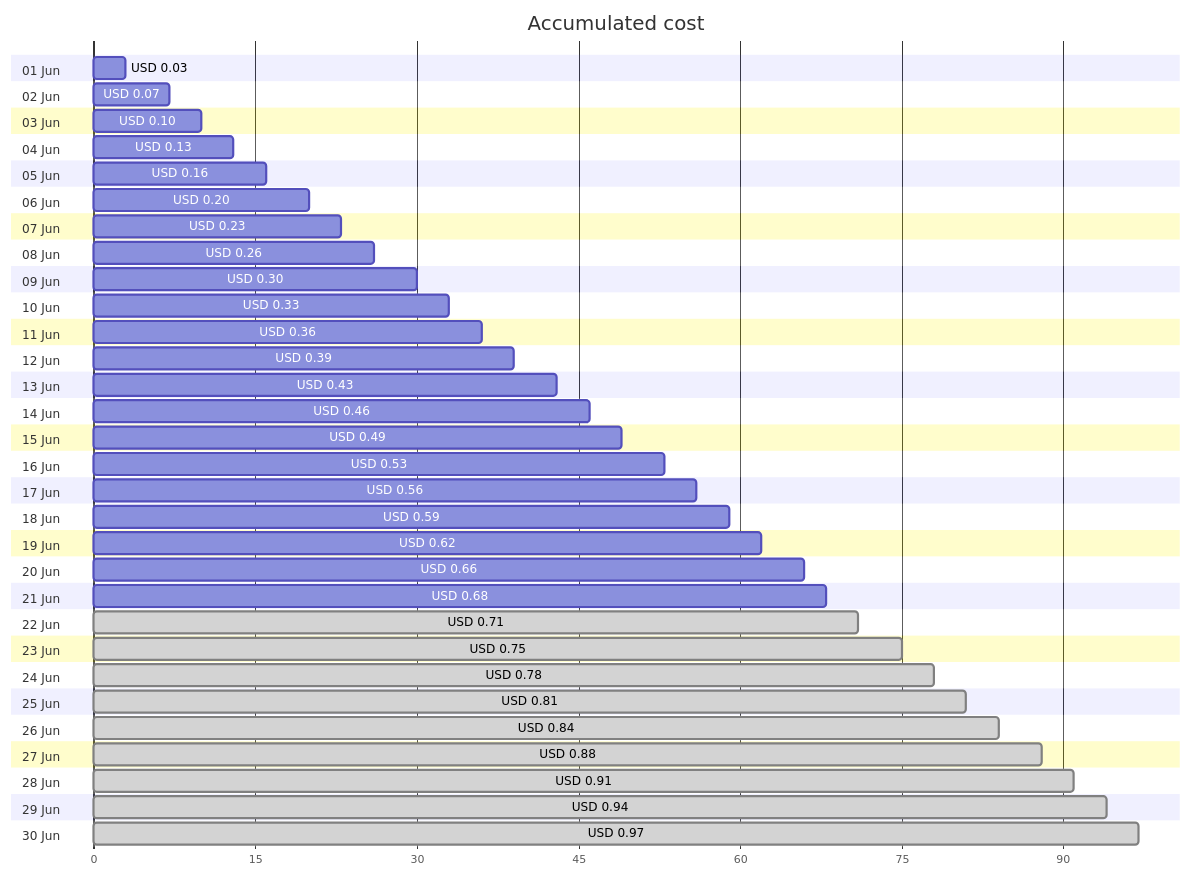
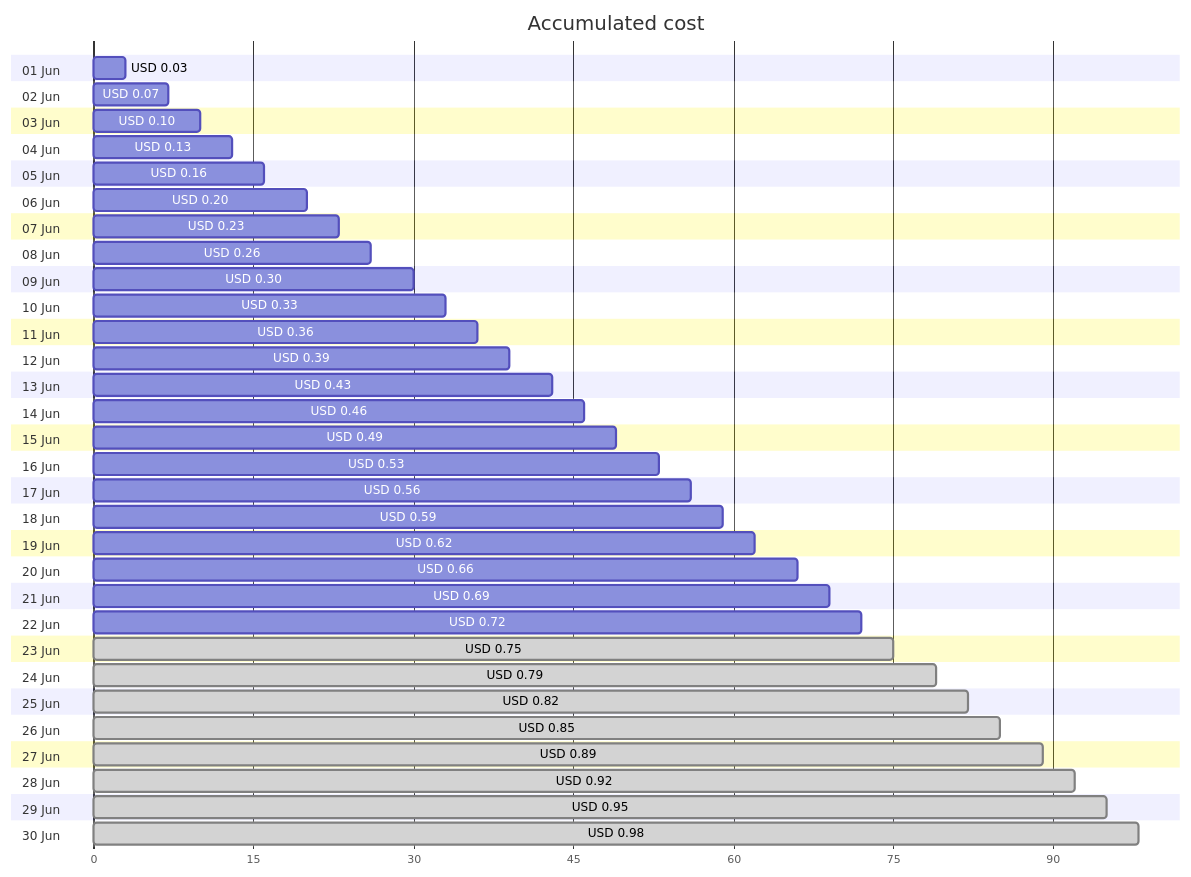
Before and after one commit to jpfulton/azure-personal-reports: the first of 4 diagrams in cost-reports/personal-dns/README.md, drawn with Mermaid. The commit also changed other lines of this file and 2 other files, not shown here.

````diff
--- a/cost-reports/personal-dns/README.md
+++ b/cost-reports/personal-dns/README.md
@@ -20,66 +20,66 @@
 ```mermaid
 gantt
    title Accumulated cost
    dateFormat  X
    axisFormat %s
    section 01 Jun
    USD 0.03 :0, 3
    section 02 Jun
    USD 0.07 :0, 7
    section 03 Jun
    USD 0.10 :0, 10
    section 04 Jun
    USD 0.13 :0, 13
    section 05 Jun
    USD 0.16 :0, 16
    section 06 Jun
    USD 0.20 :0, 20
    section 07 Jun
    USD 0.23 :0, 23
    section 08 Jun
    USD 0.26 :0, 26
    section 09 Jun
    USD 0.30 :0, 30
    section 10 Jun
    USD 0.33 :0, 33
    section 11 Jun
    USD 0.36 :0, 36
    section 12 Jun
    USD 0.39 :0, 39
    section 13 Jun
    USD 0.43 :0, 43
    section 14 Jun
    USD 0.46 :0, 46
    section 15 Jun
    USD 0.49 :0, 49
    section 16 Jun
    USD 0.53 :0, 53
    section 17 Jun
    USD 0.56 :0, 56
    section 18 Jun
    USD 0.59 :0, 59
    section 19 Jun
    USD 0.62 :0, 62
    section 20 Jun
    USD 0.66 :0, 66
    section 21 Jun
-   USD 0.68 :0, 68
+   USD 0.69 :0, 69
    section 22 Jun
-   USD 0.71 : done, 0, 71
+   USD 0.72 :0, 72
    section 23 Jun
    USD 0.75 : done, 0, 75
    section 24 Jun
-   USD 0.78 : done, 0, 78
+   USD 0.79 : done, 0, 79
    section 25 Jun
-   USD 0.81 : done, 0, 81
+   USD 0.82 : done, 0, 82
    section 26 Jun
-   USD 0.84 : done, 0, 84
+   USD 0.85 : done, 0, 85
    section 27 Jun
-   USD 0.88 : done, 0, 88
+   USD 0.89 : done, 0, 89
    section 28 Jun
-   USD 0.91 : done, 0, 91
+   USD 0.92 : done, 0, 92
    section 29 Jun
-   USD 0.94 : done, 0, 94
+   USD 0.95 : done, 0, 95
    section 30 Jun
-   USD 0.97 : done, 0, 97
+   USD 0.98 : done, 0, 98
 ```
````
